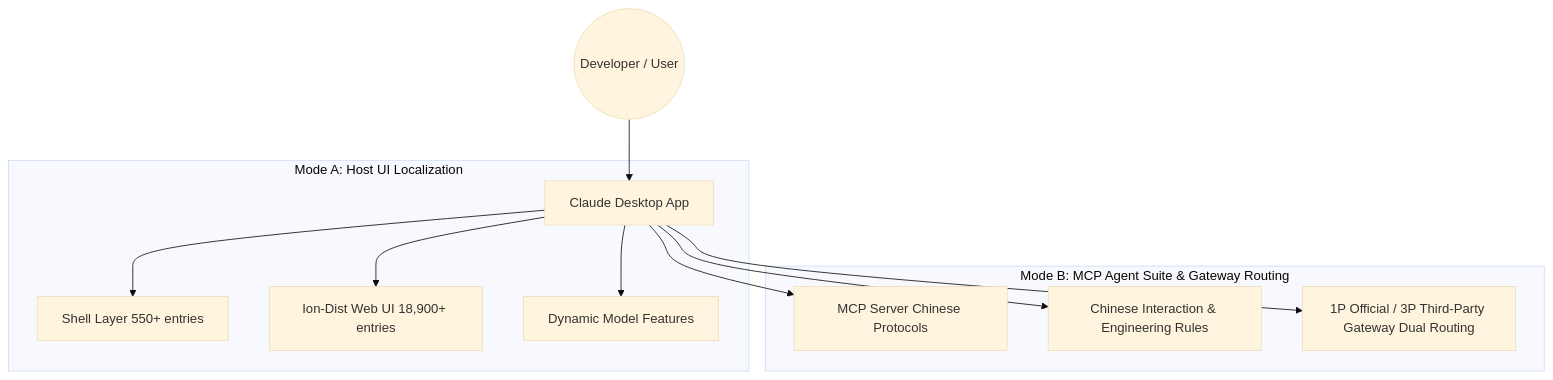
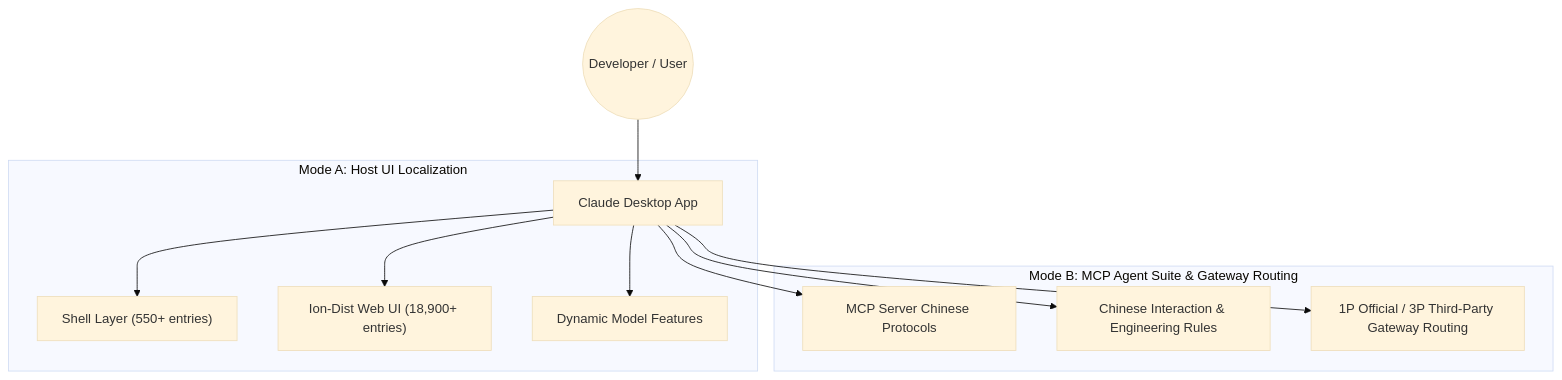
Before and after one commit to yiheng8023/claude-chinese: the diagram in README.en.md, drawn with Mermaid (base theme). The commit also changed 1 other file, not shown here.

Commit message:
fix(docs): quote mermaid subgraph titles with special characters to fix github rendering error

````diff
--- a/README.en.md
+++ b/README.en.md
@@ -25,16 +25,16 @@
 ```mermaid
 graph TD
     User((Developer / User)) --> ClaudeApp[Claude Desktop App]
     
-    subgraph Mode1 [Mode A: Host UI Localization]
-        ClaudeApp --> ShellLayer[Shell Layer 550+ entries]
-        ClaudeApp --> WebUILayer[Ion-Dist Web UI 18,900+ entries]
-        ClaudeApp --> DynamicLayer[Dynamic Model Features]
+    subgraph Mode1 ["Mode A: Host UI Localization"]
+        ClaudeApp --> ShellLayer["Shell Layer (550+ entries)"]
+        ClaudeApp --> WebUILayer["Ion-Dist Web UI (18,900+ entries)"]
+        ClaudeApp --> DynamicLayer["Dynamic Model Features"]
     end
     
-    subgraph Mode2 [Mode B: MCP Agent Suite & Gateway Routing]
-        ClaudeApp --> MCP[MCP Server Chinese Protocols]
-        ClaudeApp --> Rules[Chinese Interaction & Engineering Rules]
-        ClaudeApp --> Switcher[1P Official / 3P Third-Party Gateway Dual Routing]
+    subgraph Mode2 ["Mode B: MCP Agent Suite & Gateway Routing"]
+        ClaudeApp --> MCP["MCP Server Chinese Protocols"]
+        ClaudeApp --> Rules["Chinese Interaction & Engineering Rules"]
+        ClaudeApp --> Switcher["1P Official / 3P Third-Party Gateway Routing"]
     end
 ```
````
